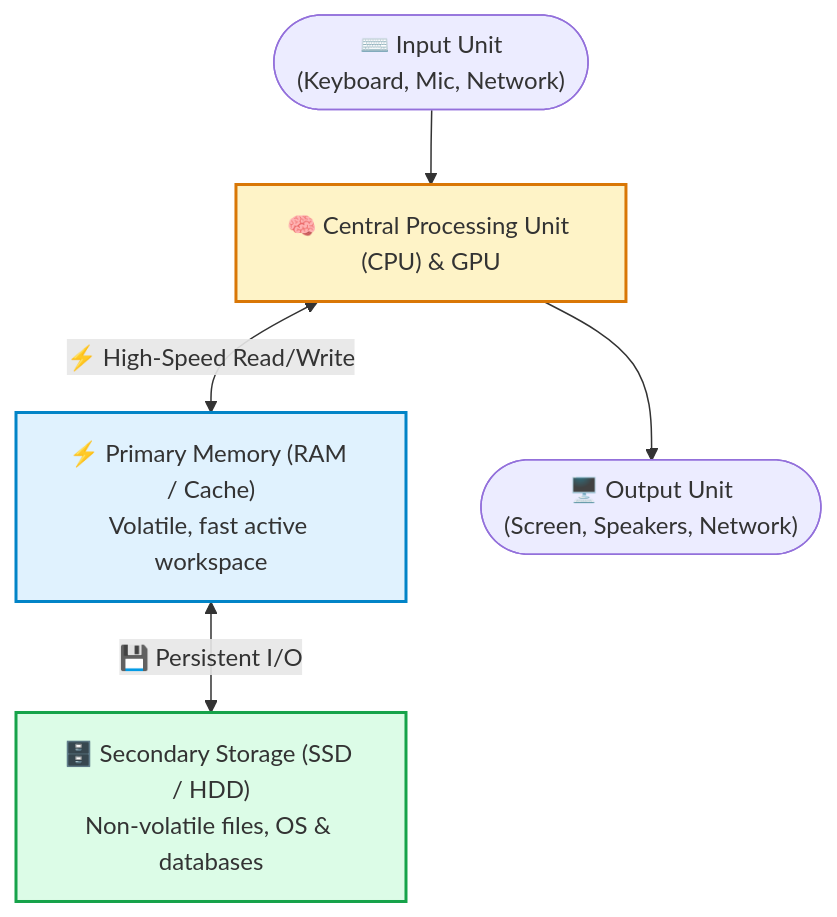
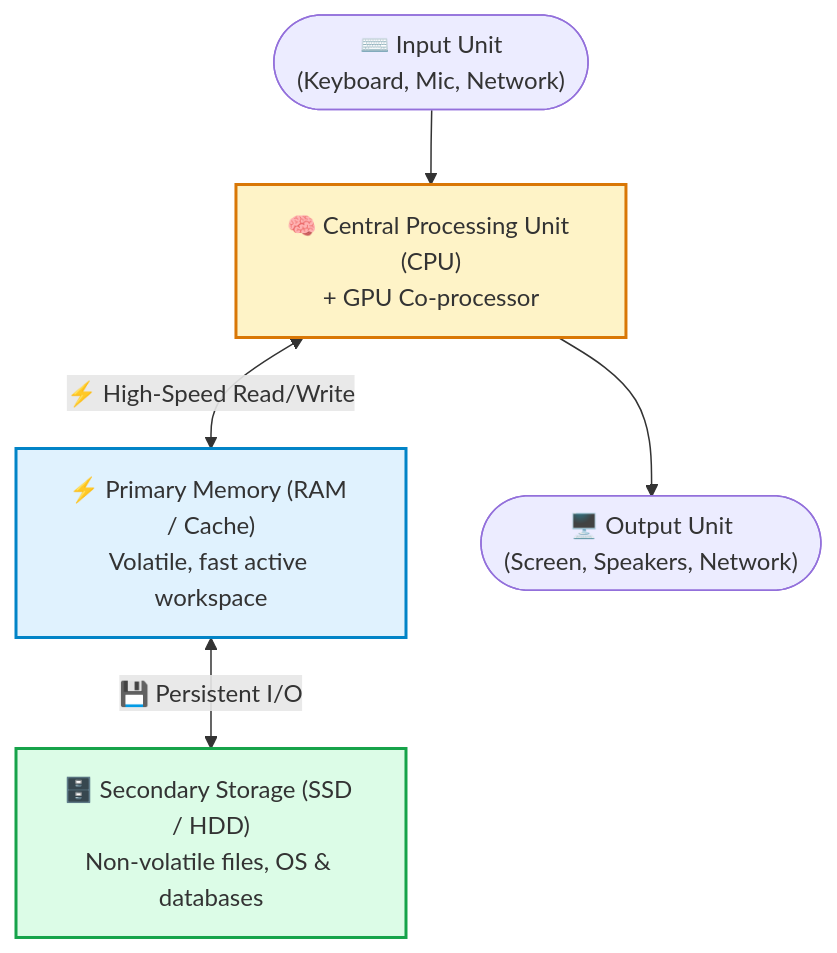
One commit to Mcc-Mak/kenya-digitalhub-ai-web-dev changed the third of 7 diagrams in BLUEPRINT.md. Above: the diagram before and after it, drawn with Mermaid. The commit also changed other lines of this file, not shown here.

````diff
--- a/BLUEPRINT.md
+++ b/BLUEPRINT.md
@@ -73,13 +75,14 @@
 ```mermaid
 flowchart TD
     Input(["⌨️ Input Unit<br/>(Keyboard, Mic, Network)"]) --> CPU
     
-    CPU["🧠 Central Processing Unit (CPU) & GPU"] <-->|"⚡ High-Speed Read/Write"| Memory["⚡ Primary Memory (RAM / Cache)<br/>Volatile, fast active workspace"]
+    CPU["🧠 Central Processing Unit (CPU)<br/>+ GPU Co-processor"] <-->|"⚡ High-Speed Read/Write"| Memory["⚡ Primary Memory (RAM / Cache)<br/>Volatile, fast active workspace"]
     Memory <-->|"💾 Persistent I/O"| Storage["🗄️ Secondary Storage (SSD / HDD)<br/>Non-volatile files, OS & databases"]
     CPU --> Output(["🖥️ Output Unit<br/>(Screen, Speakers, Network)"])
 
     style CPU fill:#fef3c7,stroke:#d97706,stroke-width:2px
     style Memory fill:#e0f2fe,stroke:#0284c7,stroke-width:2px
     style Storage fill:#dcfce7,stroke:#16a34a,stroke-width:2px
 
+
 ```
````
